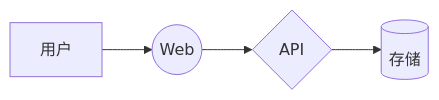
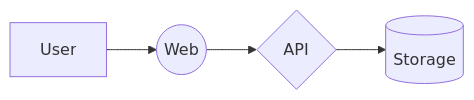
One commit to sunny0826/mdbijou changed the second of 2 diagrams in sample.md. Above: the diagram before and after it, drawn with Mermaid. The commit also changed other lines of this file and 3 other files, not shown here.

````diff
--- a/sample.md
+++ b/sample.md
@@ -67,5 +67,5 @@
 ```mermaid
 flowchart LR
-  用户 --> 前端((Web)) --> 后端{API}
-  后端 --> 数据库[(存储)]
+  User --> Frontend((Web)) --> Backend{API}
+  Backend --> Database[(Storage)]
 ```
````
